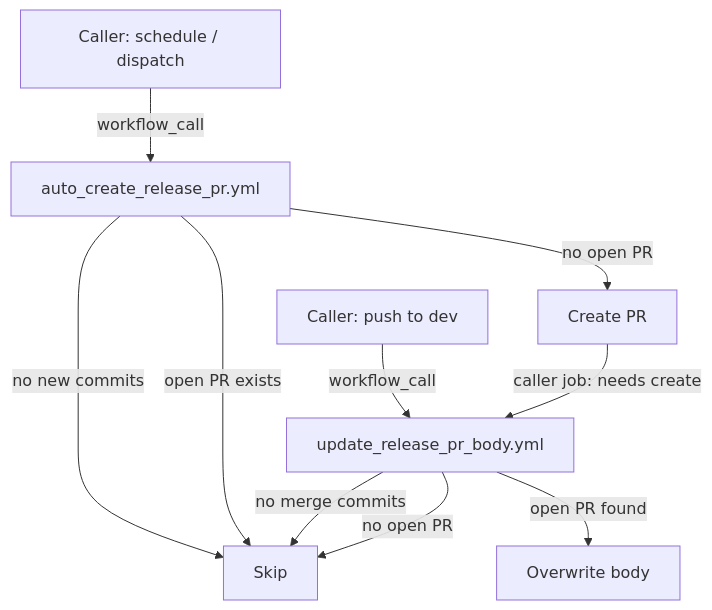
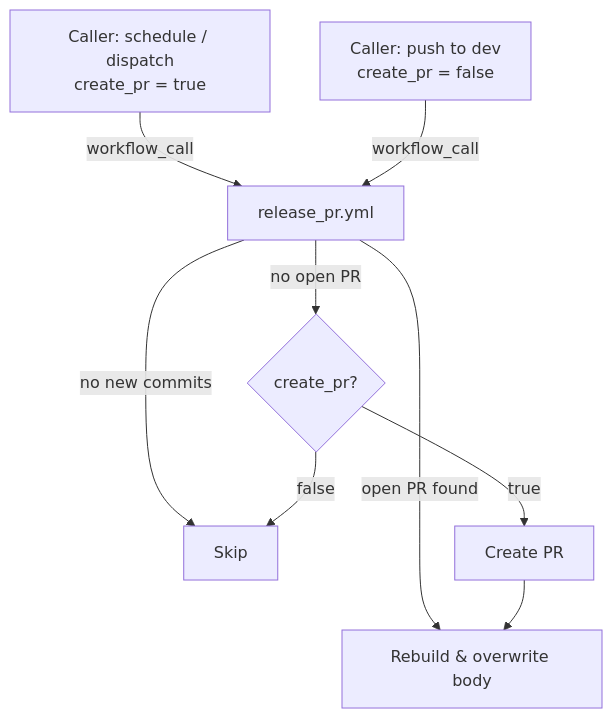
The first of 2 diagrams in docs/plans/2026-10-12-auto-create-release-pr.md (CoolBitX-Technology/cp-workflow-template), drawn with Mermaid before and after one commit. The commit also changed other lines of this file and 4 other files, not shown here.

First line of the commit message:
refactor(workflow): merge release PR workflows into release_pr.yml

````diff
--- a/docs/plans/2026-10-12-auto-create-release-pr.md
+++ b/docs/plans/2026-10-12-auto-create-release-pr.md
@@ -124,15 +122,12 @@
 ```mermaid
 graph TD
-    A["Caller: schedule / dispatch"] -->|workflow_call| B["auto_create_release_pr.yml"]
-    C["Caller: push to dev"] -->|workflow_call| D["update_release_pr_body.yml"]
+    A["Caller: schedule / dispatch<br/>create_pr = true"] -->|workflow_call| R["release_pr.yml"]
+    C["Caller: push to dev<br/>create_pr = false"] -->|workflow_call| R
 
-    B -->|"no new commits"| E[Skip]
-    B -->|"open PR exists"| E
-    B -->|"no open PR"| F[Create PR]
-
-    D -->|"no merge commits"| E
-    D -->|"no open PR"| E
-    D -->|"open PR found"| G[Overwrite body]
-
-    F -->|"caller job: needs create"| D
+    R -->|"no new commits"| E[Skip]
+    R -->|"open PR found"| G[Rebuild & overwrite body]
+    R -->|"no open PR"| X{create_pr?}
+    X -->|false| E
+    X -->|true| F[Create PR]
+    F --> G
 ```
````
